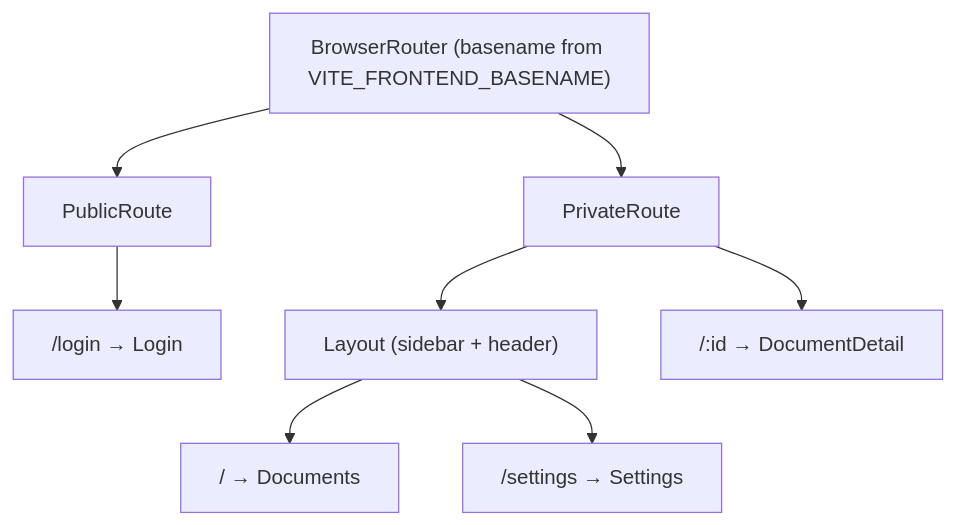
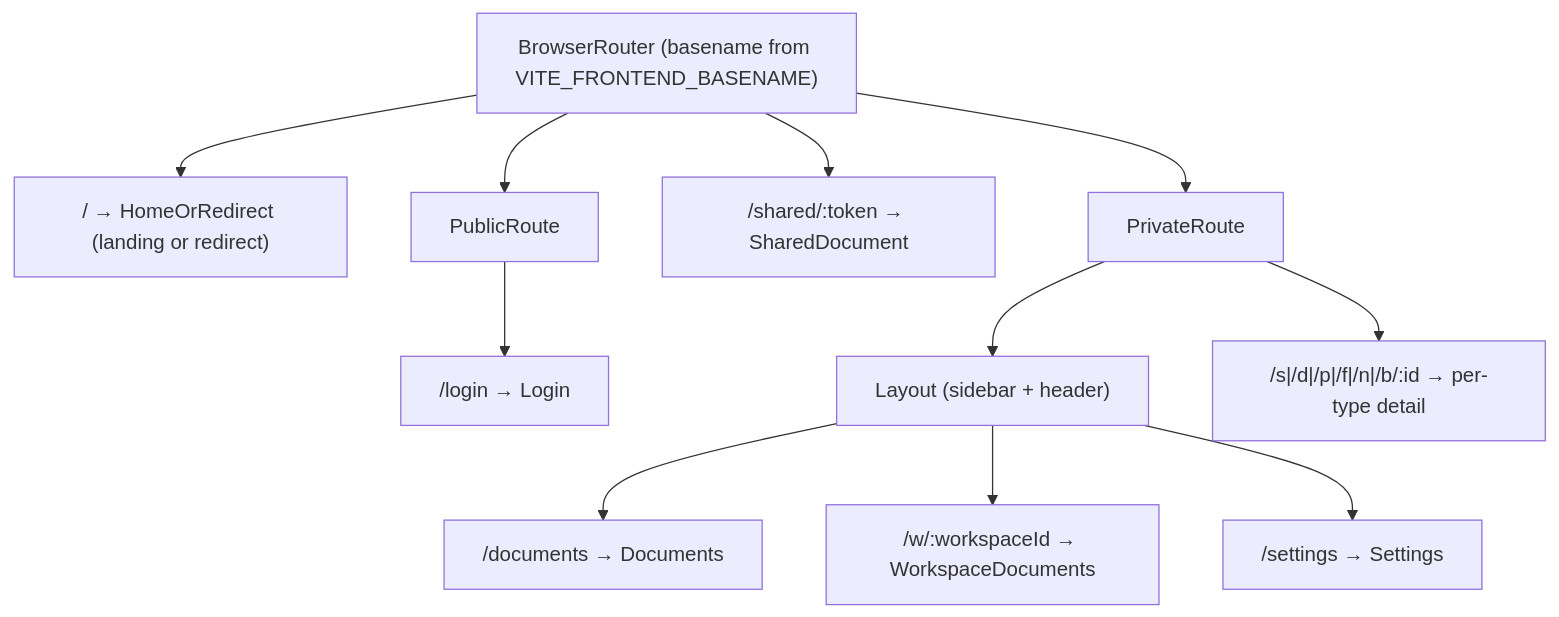
The first of 2 diagrams in docs/design/frontend.md (wafflebase/wafflebase), drawn with Mermaid before and after one commit. The commit also changed other lines of this file and 29 other files, not shown here.

````diff
--- a/docs/design/frontend.md
+++ b/docs/design/frontend.md
@@ -38,11 +38,14 @@
 ```mermaid
 flowchart TD
   BR["BrowserRouter (basename from VITE_FRONTEND_BASENAME)"]
+  BR --> HOME["/ → HomeOrRedirect (landing or redirect)"]
   BR --> PUB["PublicRoute"]
+  BR --> SHARED["/shared/:token → SharedDocument"]
   BR --> PRI["PrivateRoute"]
   PUB --> LOGIN["/login → Login"]
   PRI --> LAYOUT["Layout (sidebar + header)"]
-  PRI --> DOC["/:id → DocumentDetail"]
-  LAYOUT --> DOCS["/ → Documents"]
+  PRI --> DETAIL["/s|/d|/p|/f|/n|/b/:id → per-type detail"]
+  LAYOUT --> DOCS["/documents → Documents"]
+  LAYOUT --> WS["/w/:workspaceId → WorkspaceDocuments"]
   LAYOUT --> SET["/settings → Settings"]
 ```
````
